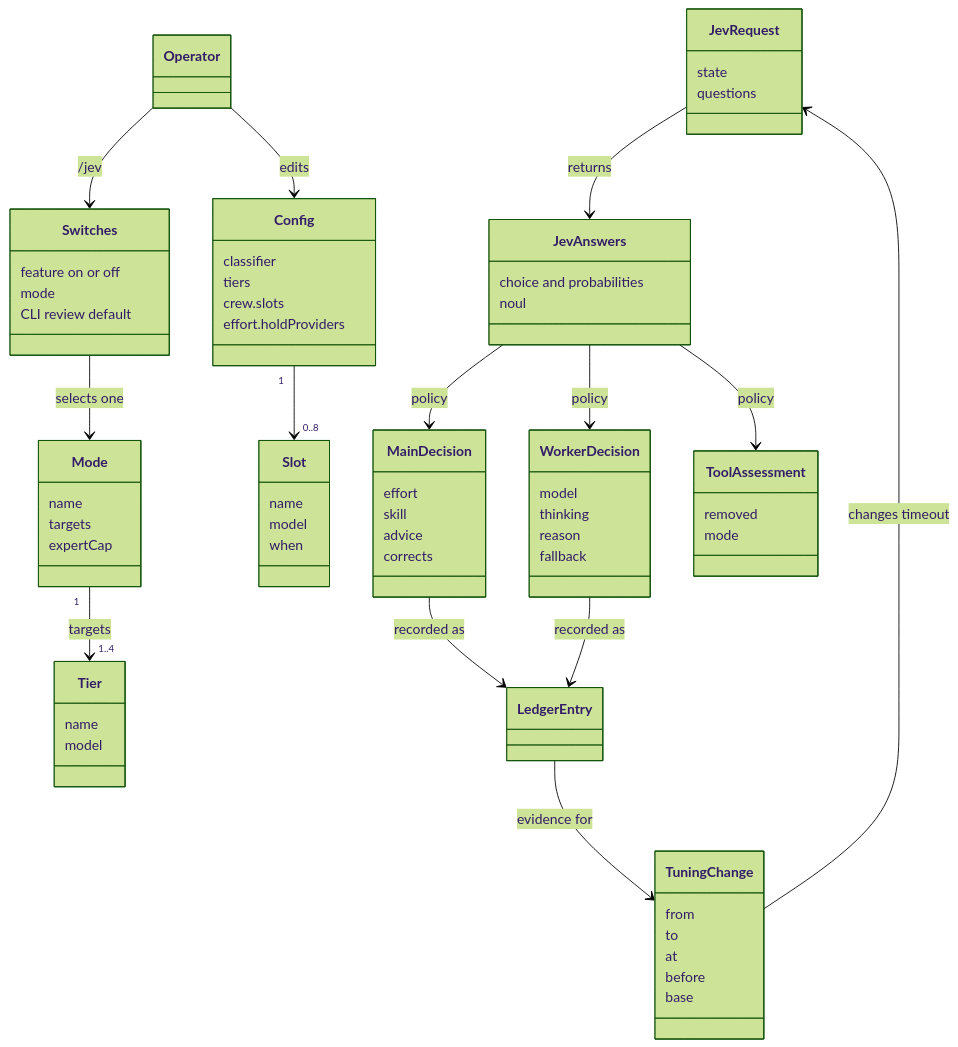
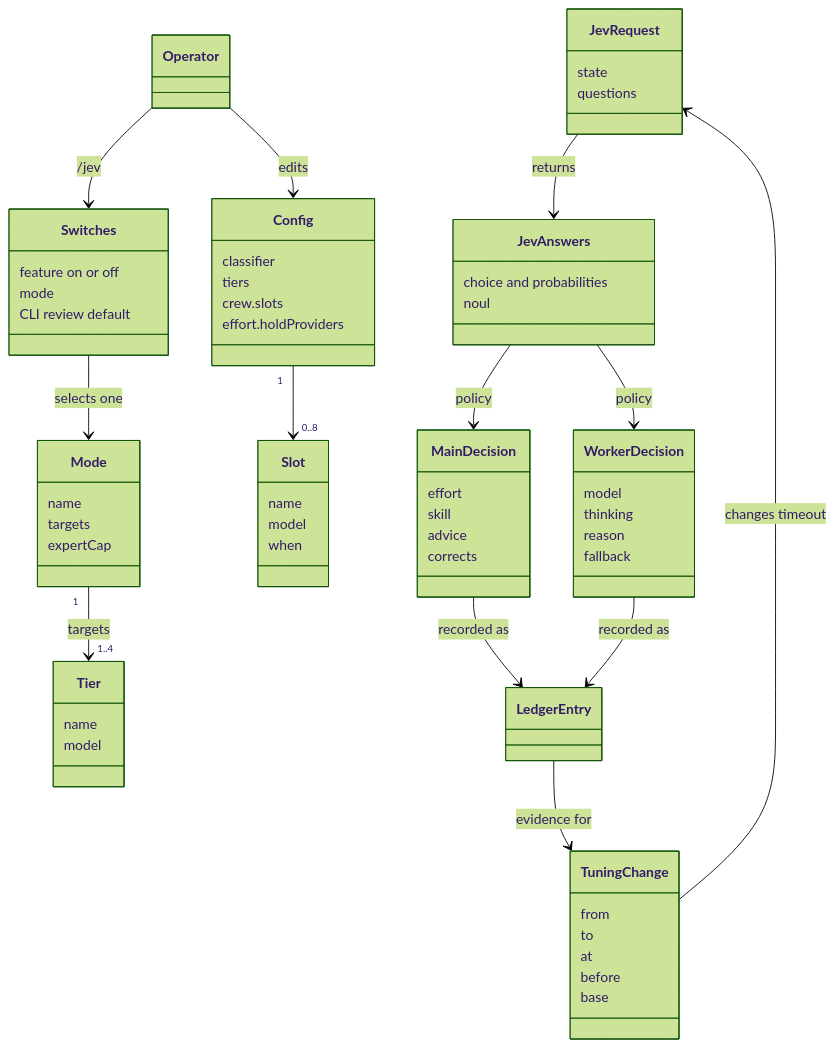
The first of 3 diagrams in docs/domain-model.md (ttdua/pi-jev-pilot), drawn with Mermaid (forest theme) before and after one commit. The commit also changed other lines of this file and 95 other files, not shown here.

First line of the commit message:
feat(worker-routing): remove-tool-assessment (#89)

````diff
--- a/docs/domain-model.md
+++ b/docs/domain-model.md
@@ -5,75 +5,70 @@
 ```mermaid
 classDiagram
     class Operator
     class Config {
       classifier
       tiers
       crew.slots
       effort.holdProviders
     }
     class Switches {
       feature on or off
       mode
       CLI review default
     }
     class Mode {
       name
       targets
       expertCap
     }
     class Tier {
       name
       model
     }
     class Slot {
       name
       model
       when
     }
     class JevRequest {
       state
       questions
     }
     class JevAnswers {
       choice and probabilities
       noul
     }
     class MainDecision {
       effort
       skill
       advice
       corrects
     }
     class WorkerDecision {
       model
       thinking
       reason
       fallback
     }
-    class ToolAssessment {
-      removed
-      mode
-    }
     class LedgerEntry
     class TuningChange {
       from
       to
       at
       before
       base
     }
 
     Operator --> Config : edits
     Operator --> Switches : /jev
     Switches --> Mode : selects one
     Mode "1" --> "1..4" Tier : targets
     Config "1" --> "0..8" Slot
     JevRequest --> JevAnswers : returns
     JevAnswers --> MainDecision : policy
     JevAnswers --> WorkerDecision : policy
-    JevAnswers --> ToolAssessment : policy
     MainDecision --> LedgerEntry : recorded as
     WorkerDecision --> LedgerEntry : recorded as
     LedgerEntry --> TuningChange : evidence for
     TuningChange --> JevRequest : changes timeout
 ```
````
